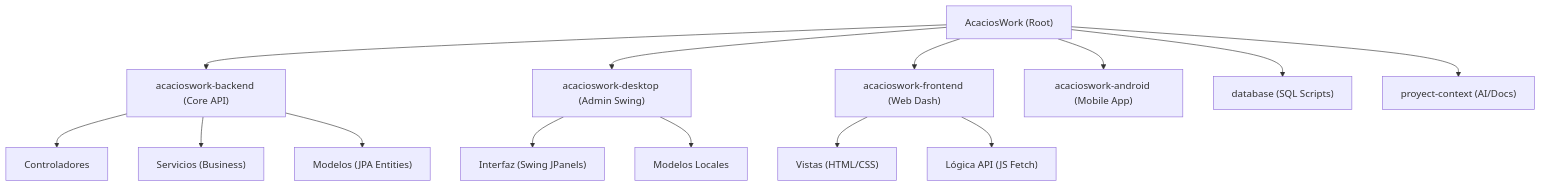
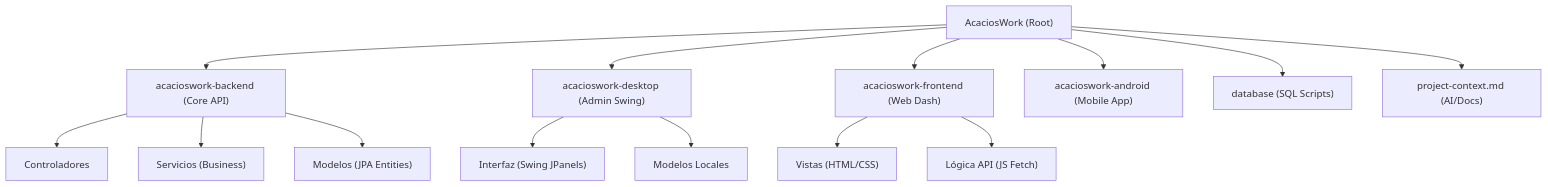
The fourth of 8 diagrams in arquitectura_acacioswork.md (andresrubiel123/AcaciosWork), drawn with Mermaid before and after one commit. The commit also changed other lines of this file and 50 other files, not shown here.

````diff
--- a/arquitectura_acacioswork.md
+++ b/arquitectura_acacioswork.md
@@ -116,21 +116,21 @@
 ```mermaid
 graph TD
     Root["AcaciosWork (Root)"]
     
     Root --> BE["acacioswork-backend (Core API)"]
     Root --> DE["acacioswork-desktop (Admin Swing)"]
     Root --> FE["acacioswork-frontend (Web Dash)"]
     Root --> AN["acacioswork-android (Mobile App)"]
     Root --> DB_S["database (SQL Scripts)"]
-    Root --> CTX["proyect-context (AI/Docs)"]
+    Root --> CTX["project-context.md (AI/Docs)"]
 
     BE --> BE_CTRL["Controladores"]
     BE --> BE_SRV["Servicios (Business)"]
     BE --> BE_MOD["Modelos (JPA Entities)"]
 
     DE --> DE_UI["Interfaz (Swing JPanels)"]
     DE --> DE_MOD["Modelos Locales"]
 
     FE --> FE_HTML["Vistas (HTML/CSS)"]
     FE --> FE_JS["Lógica API (JS Fetch)"]
 ```
````
